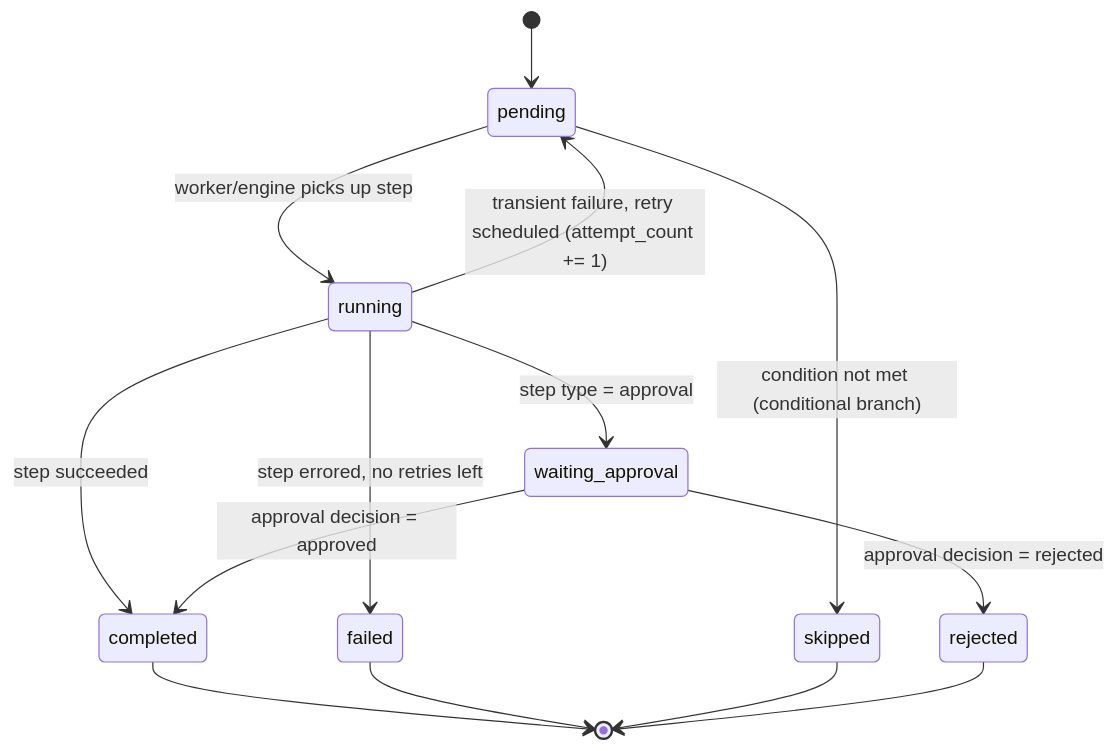
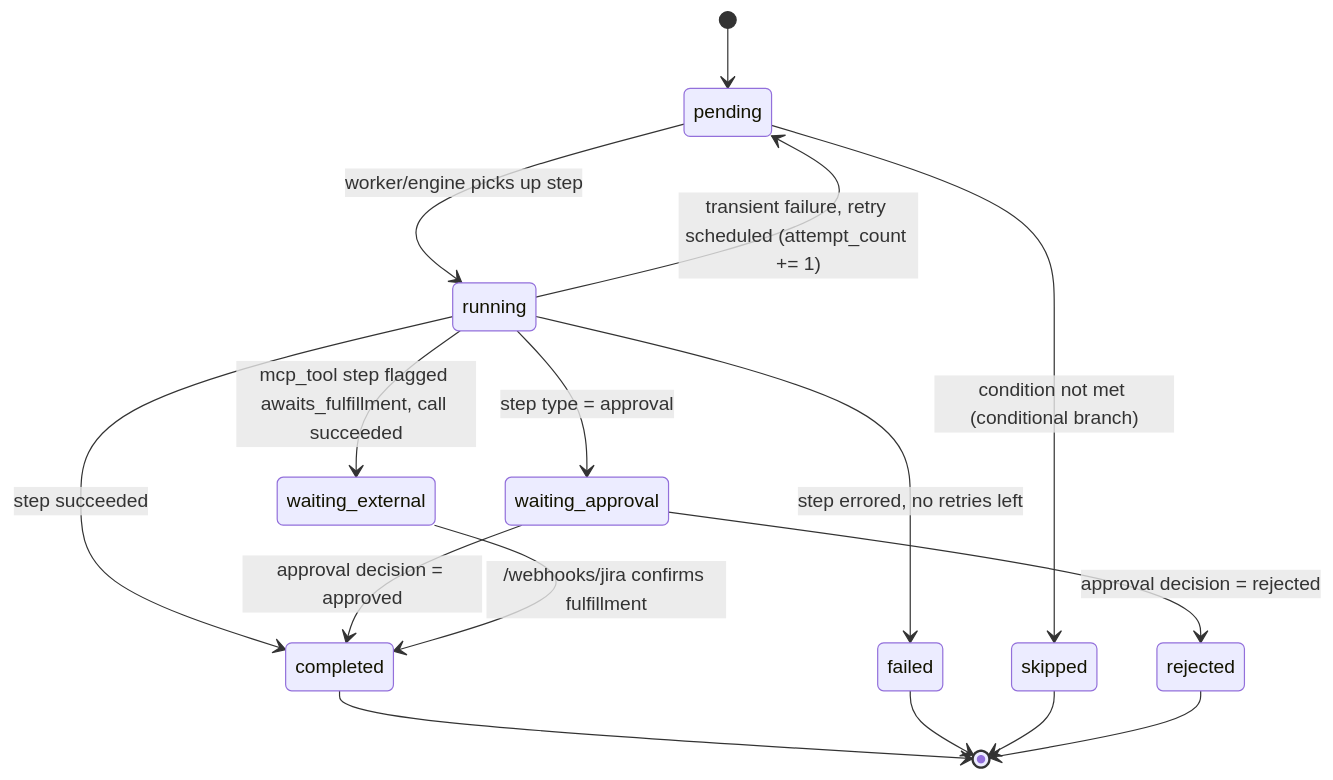
Before and after one commit to markrollinborja/Enterprise-AI-Workflow-Automation-Platform: the second of 2 diagrams in docs/architecture/workflow-state-model.md, drawn with Mermaid. The commit also changed other lines of this file and 21 other files, not shown here.

Commit message:
Phase 10 checkpoint 3: Jira fulfillment webhook with HMAC signature verification

````diff
--- a/docs/architecture/workflow-state-model.md
+++ b/docs/architecture/workflow-state-model.md
@@ -45,19 +45,21 @@
 ```mermaid
 stateDiagram-v2
     [*] --> pending
     pending --> running: worker/engine picks up step
     pending --> skipped: condition not met (conditional branch)
 
     running --> completed: step succeeded
     running --> failed: step errored, no retries left
     running --> waiting_approval: step type = approval
+    running --> waiting_external: mcp_tool step flagged awaits_fulfillment, call succeeded
     running --> pending: transient failure, retry scheduled (attempt_count += 1)
 
     waiting_approval --> completed: approval decision = approved
     waiting_approval --> rejected: approval decision = rejected
+    waiting_external --> completed: /webhooks/jira confirms fulfillment
 
     completed --> [*]
     failed --> [*]
     skipped --> [*]
     rejected --> [*]
 ```
````
